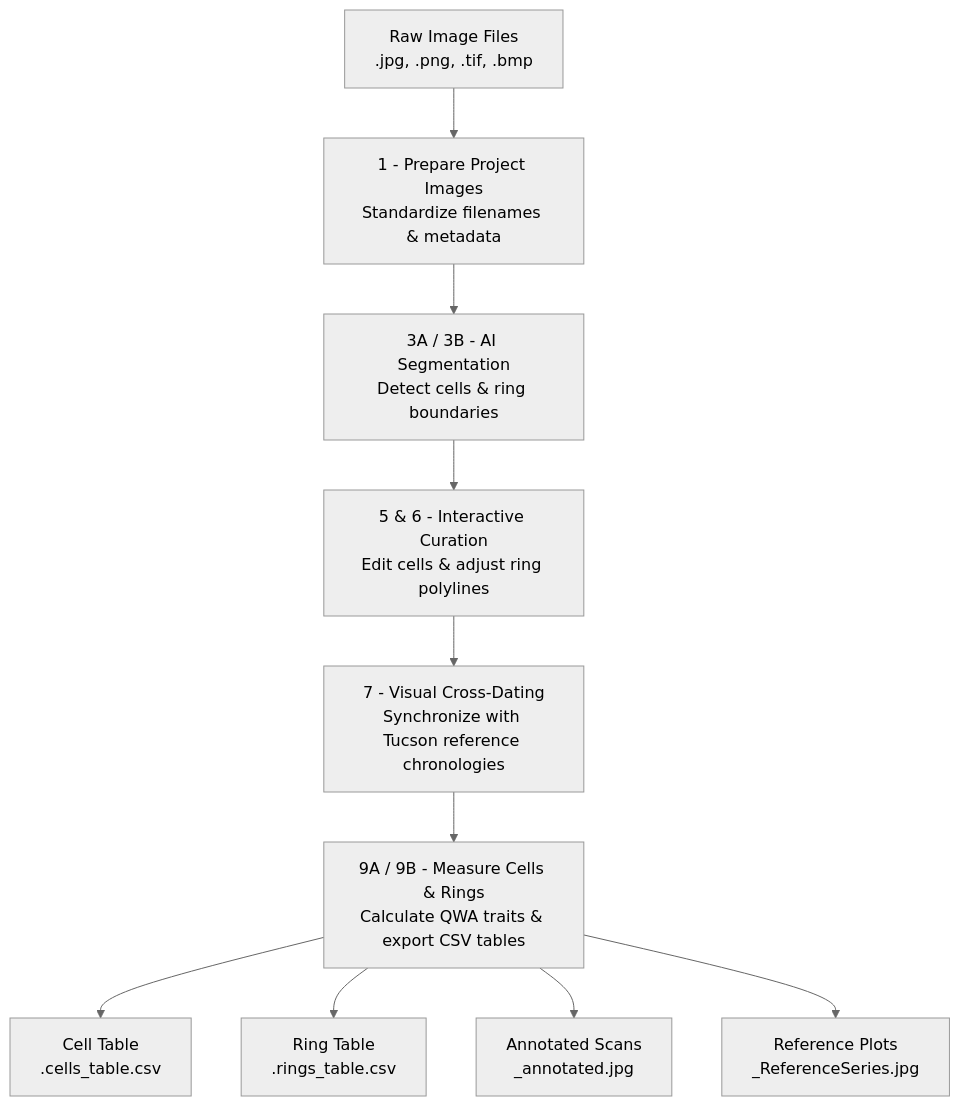
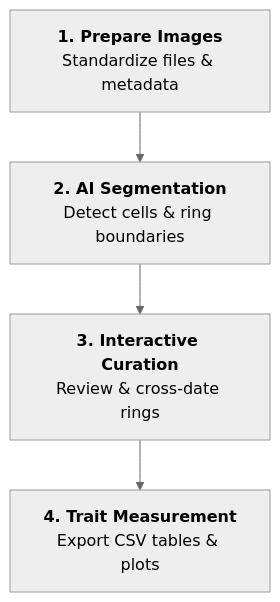
Before and after one commit to roxas-ai/napari-roxas-ai: the diagram in docs/index.md, drawn with Mermaid (neutral theme). The commit also changed other lines of this file and 5 other files, not shown here.

````diff
--- a/docs/index.md
+++ b/docs/index.md
@@ -46,12 +47,6 @@
 ```mermaid
-graph TD
-    A[Raw Image Files<br/>.jpg, .png, .tif, .bmp] --> B[1 - Prepare Project Images<br/>Standardize filenames & metadata]
-    B --> C[3A / 3B - AI Segmentation<br/>Detect cells & ring boundaries]
-    C --> D[5 & 6 - Interactive Curation<br/>Edit cells & adjust ring polylines]
-    D --> E[7 - Visual Cross-Dating<br/>Synchronize with Tucson reference chronologies]
-    E --> F[9A / 9B - Measure Cells & Rings<br/>Calculate QWA traits & export CSV tables]
-    F --> G1[Cell Table<br/>.cells_table.csv]
-    F --> G2[Ring Table<br/>.rings_table.csv]
-    F --> G3[Annotated Scans<br/>_annotated.jpg]
-    F --> G4[Reference Plots<br/>_ReferenceSeries.jpg]
+flowchart TD
+    A["<b>1. Prepare Images</b><br/>Standardize files & metadata"] --> B["<b>2. AI Segmentation</b><br/>Detect cells & ring boundaries"]
+    B --> C["<b>3. Interactive Curation</b><br/>Review & cross-date rings"]
+    C --> D["<b>4. Trait Measurement</b><br/>Export CSV tables & plots"]
 ```
````
